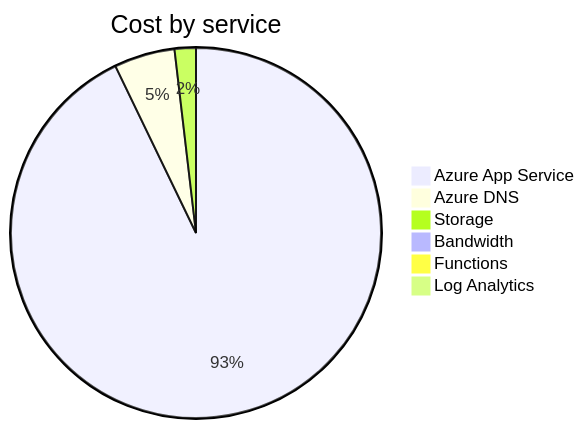
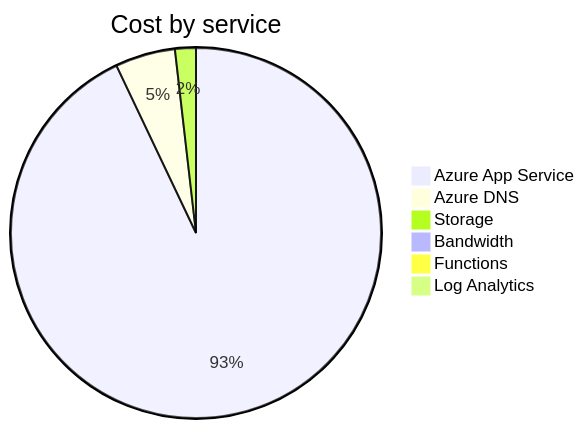
One commit to jpfulton/azure-personal-reports changed the second of 4 diagrams in cost-reports/accumulated-cost.md. Above: the diagram before and after it, drawn with Mermaid. The commit also changed other lines of this file and 4 other files, not shown here.

````diff
--- a/cost-reports/accumulated-cost.md
+++ b/cost-reports/accumulated-cost.md
@@ -100,10 +100,10 @@
 ```mermaid
 pie
    title Cost by service
-   "Azure App Service" : 3.50
-   "Azure DNS" : 0.20
-   "Storage" : 0.07
+   "Azure App Service" : 4.08
+   "Azure DNS" : 0.23
+   "Storage" : 0.08
    "Bandwidth" : 0.00
    "Functions" : 0.00
    "Log Analytics" : 0.00
 ```
````
